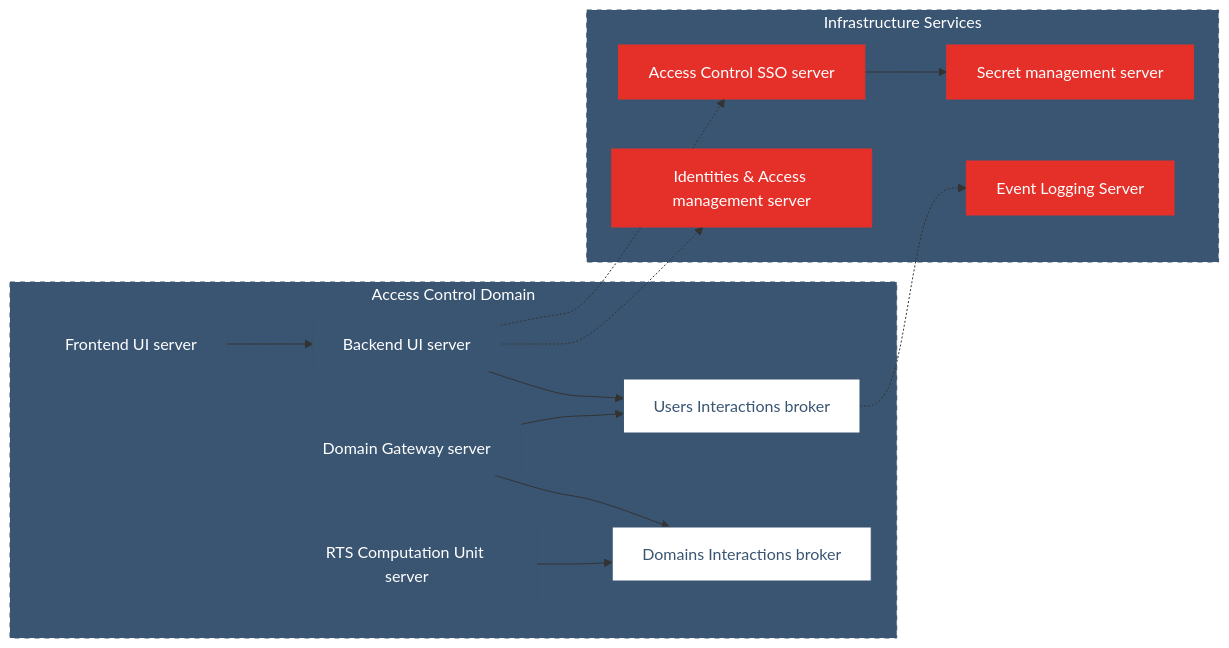
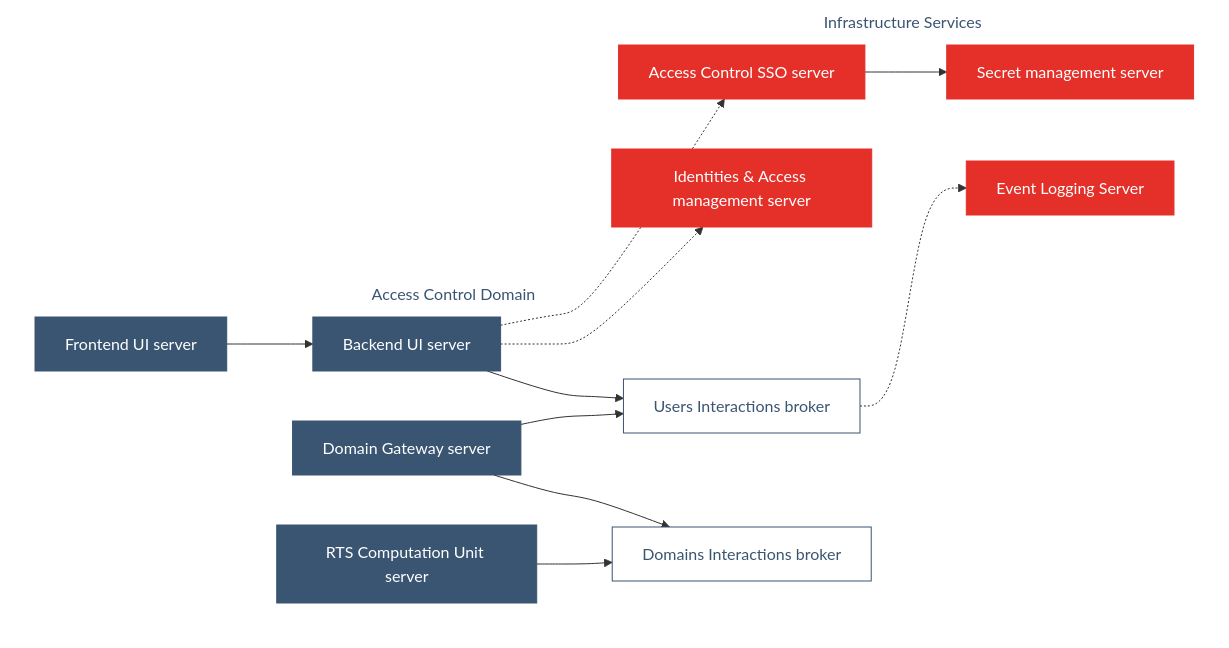
Before and after one commit to cybnity/foundation: the diagram in prototypes-line/techstack/v0/README.md, drawn with Mermaid.

````diff
--- a/prototypes-line/techstack/v0/README.md
+++ b/prototypes-line/techstack/v0/README.md
@@ -62,30 +62,30 @@
 ```mermaid
 flowchart LR
     subgraph domain[Access Control Domain]
         frontui[Frontend UI server]:::system --> backend[Backend UI server]:::system;
         backend --> uispace[Users Interactions broker]:::techcomp;
         gateway[Domain Gateway server]:::system --> domainspace[Domains Interactions broker]:::techcomp;
         rtscomput[RTS Computation Unit server]:::system --> domainspace;
     end
     subgraph infrastructure[Infrastructure Services]
         sso[Access Control SSO server]:::techsys --> secret[Secret management server]:::techsys;
         idm[Identities & Access management server]:::techsys;
         logging[Event Logging Server]:::techsys;
     end
     backend -.-> idm;
     backend -.-> sso;
     uispace -.-> logging;
     gateway --> uispace;
     infrastructure:::area;
     domain:::area;
     
 	classDef system fill:#3a5572,stroke:#3a5572,color:#fff;
 	classDef techcomp fill:#fff,stroke:#3a5572,color:#3a5572;
 	classDef techsys fill:#e5302a,stroke:#e5302a,color:#fff;
+	classDef area fill:#fff,stroke:#fff,color:#3a5572,stroke-width:1px,stroke-dasharray: 5 5;
 	
     classDef influencefactor fill:#ffffff,stroke:#e5302a,stroke-width:1px,color:#e5302a,stroke-dasharray: 5 5;
 	classDef influenceactor fill:#888888,stroke:#888888,stroke-width:1px,color:#fff;
 	classDef opportunitycriteria fill:#efefef,stroke:#afafaf,stroke-width:1px,color:#000;
 	
-	classDef area fill:#3a5572,stroke:#3a5572,color:#fff,stroke-width:1px,stroke-dasharray: 5 5;
 ```
````
